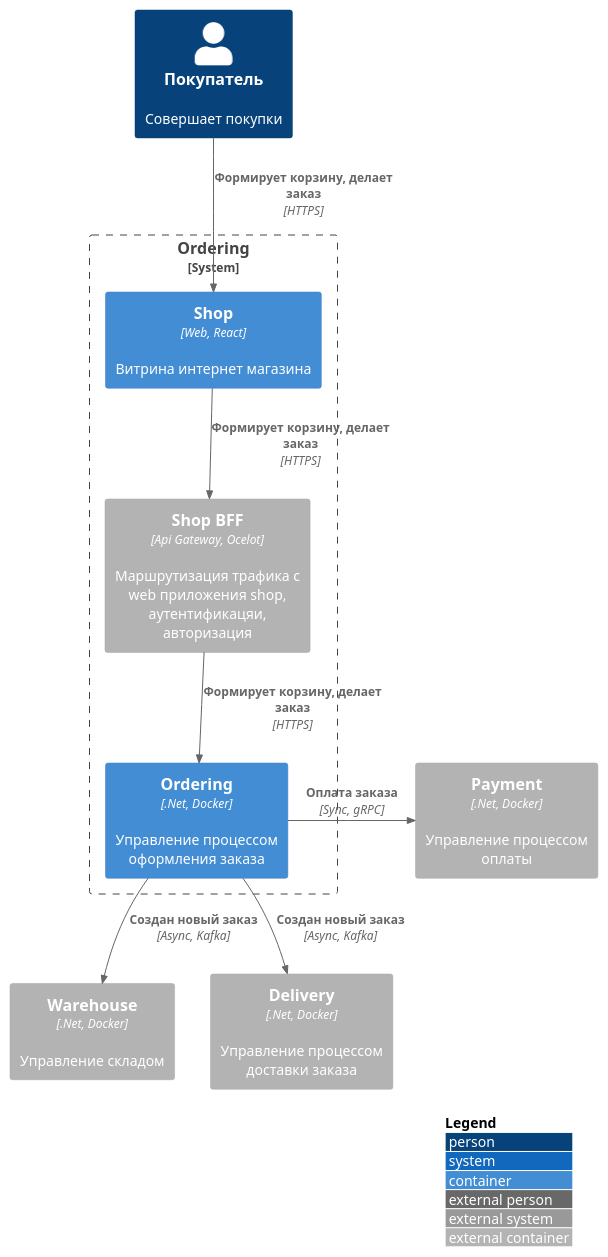
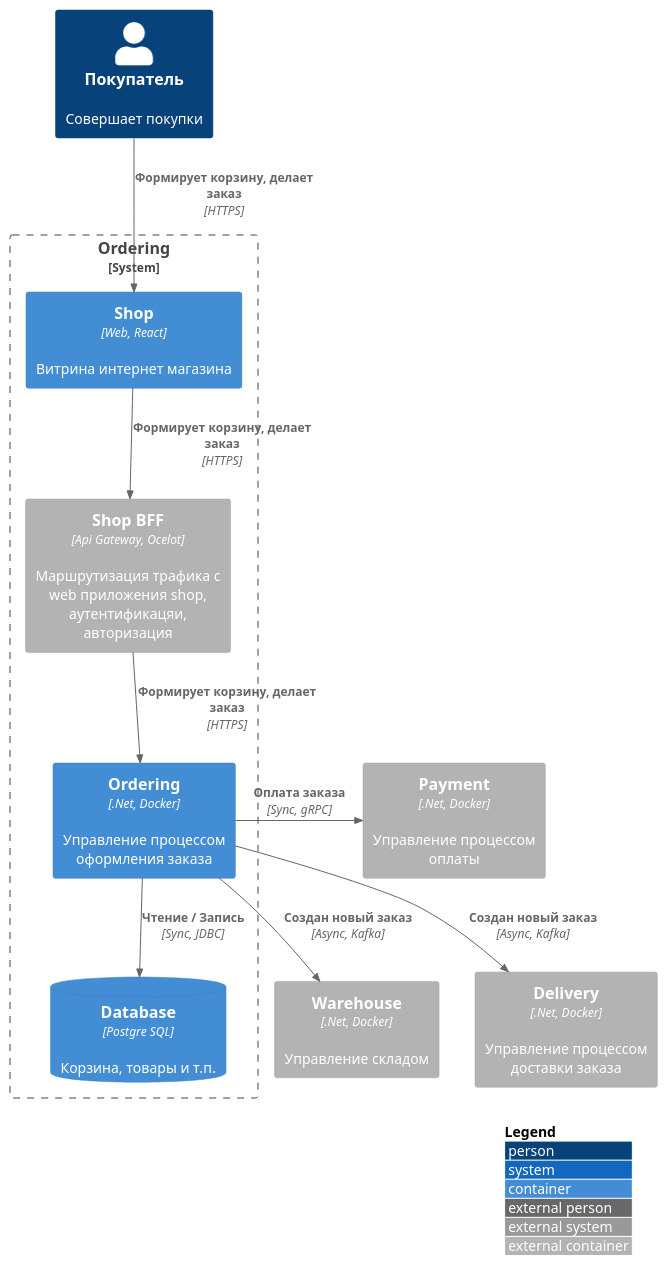
The first of 2 diagrams in services/ordering/README.md (gerzhan/knigaexpert-system-design), drawn with PlantUML before and after one commit. The commit also changed 2 other files, not shown here.

````diff
--- a/services/ordering/README.md
+++ b/services/ordering/README.md
@@ -9,31 +9,33 @@
 ```plantuml
 !include https://raw.githubusercontent.com/plantuml-stdlib/C4-PlantUML/master/C4_Container.puml
 
 skinparam wrapWidth 200
 skinparam maxMessageSize 200
 
 LAYOUT_TOP_DOWN()
 LAYOUT_WITH_LEGEND()
 
 Person(customer, Покупатель, "Совершает покупки")
 
 System_Boundary(boundary, "Ordering") {
 ' Shop
 Container(shop_app, "Shop", "Web, React", "Витрина интернет магазина")
 Container_Ext(shop_bff, "Shop BFF", "Api Gateway, Ocelot", "Маршрутизация трафика c web приложения shop, аутентификацяи, авторизация")
 Rel(shop_app, shop_bff, "Формирует корзину, делает заказ", "HTTPS")
 Rel(customer, shop_app, "Формирует корзину, делает заказ", "HTTPS")
 
 Container(ordering, "Ordering", ".Net, Docker", "Управление процессом оформления заказа")
+ContainerDb(ordering_db, "Database", "Postgre SQL", "Корзина, товары и т.п.")
+Rel(ordering, ordering_db, "Чтение / Запись", "Sync, JDBC")
 Rel(shop_bff, ordering, "Формирует корзину, делает заказ", "HTTPS")
 }
 
 Container_Ext(warehouse, "Warehouse", ".Net, Docker", "Управление складом")
 Rel(ordering, warehouse, "Cоздан новый заказ", "Async, Kafka")
 
 Container_Ext(delivery, "Delivery", ".Net, Docker", "Управление процессом доставки заказа")
 Rel(ordering, delivery, "Cоздан новый заказ", "Async, Kafka")
 
 Container_Ext(payment, "Payment", ".Net, Docker", "Управление процессом оплаты")
 Rel_R(ordering, payment, "Оплата заказа", "Sync, gRPC")
 ```
````
